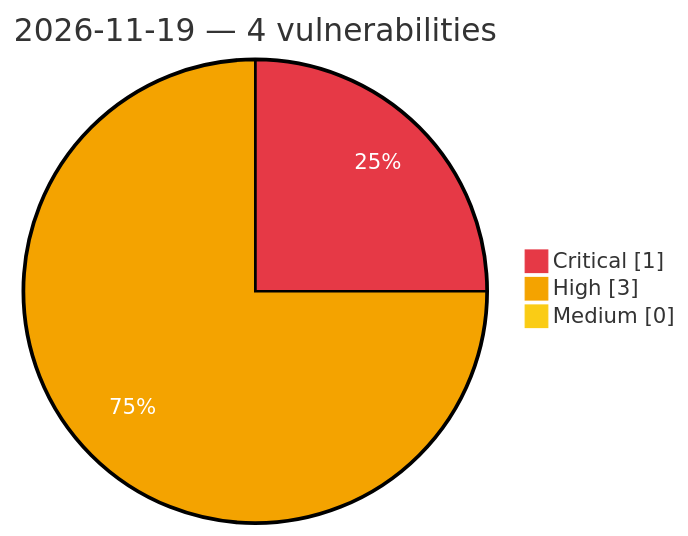
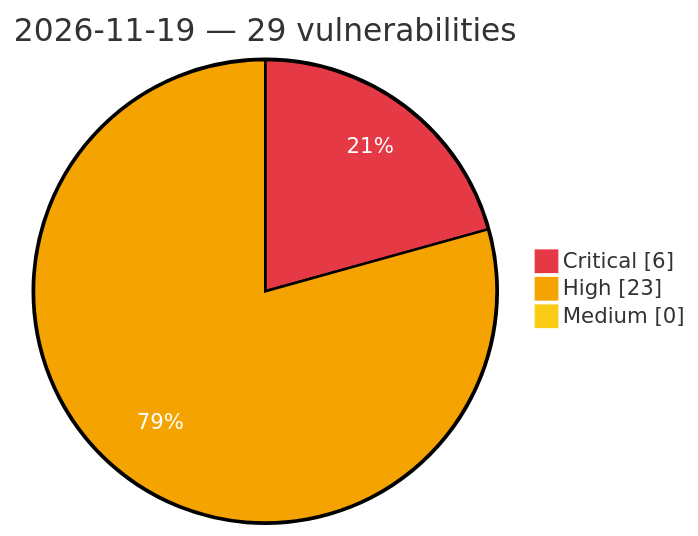
One commit to GhostX0X/vuln-tracker changed the diagram in vulnerabilities/2026/November/2026-11-19.md. Above: the diagram before and after it, drawn with Mermaid. The commit also changed other lines of this file and 5 other files, not shown here.

Commit message:
Auto update: critical/high vulns (2026-11-19 13:08 UTC)

````diff
--- a/vulnerabilities/2026/November/2026-11-19.md
+++ b/vulnerabilities/2026/November/2026-11-19.md
@@ -3,8 +3,8 @@
 ```mermaid
 %%{init: {'theme':'base', 'themeVariables': {'pie1':'#e63946', 'pie2':'#f4a300', 'pie3':'#facc15', 'pieOpacity':'1', 'pieOuterStrokeWidth':'2px', 'pieSectionTextColor':'#ffffff'}}}%%
 pie showData
-    title 2026-11-19 — 4 vulnerabilities
-    "Critical" : 1
-    "High" : 3
+    title 2026-11-19 — 29 vulnerabilities
+    "Critical" : 6
+    "High" : 23
     "Medium" : 0
 ```
````
